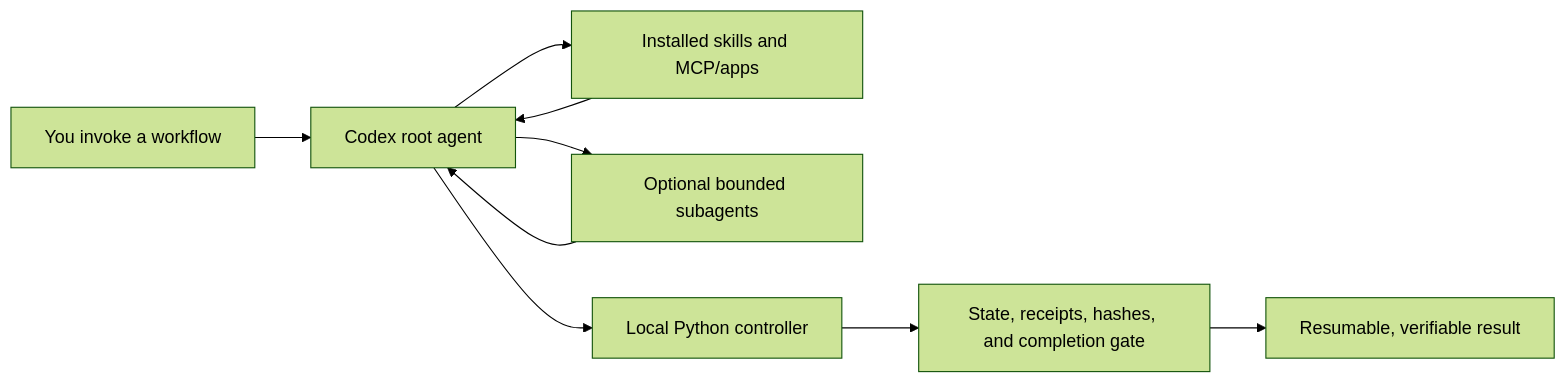
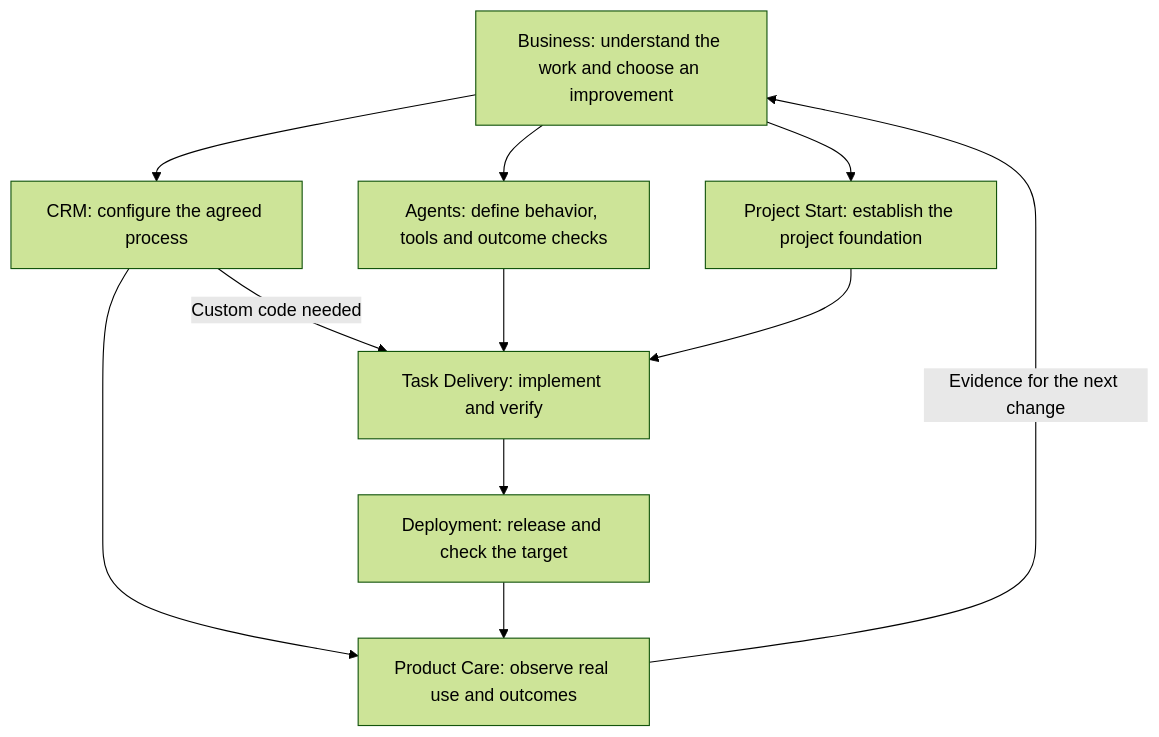
Before and after one commit to ArtemArzi/codex-agent-graphs: the diagram in README.md, drawn with Mermaid (forest theme). The commit also changed other lines of this file and 6 other files, not shown here.

````diff
--- a/README.md
+++ b/README.md
@@ -351,11 +48,13 @@
 ```mermaid
-flowchart LR
-    U["You invoke a workflow"] --> R["Codex root agent"]
-    R --> S["Installed skills and MCP/apps"]
-    R --> A["Optional bounded subagents"]
-    R --> C["Local Python controller"]
-    C --> E["State, receipts, hashes, and completion gate"]
-    S --> R
-    A --> R
-    E --> D["Resumable, verifiable result"]
+flowchart TD
+    B["Business: understand the work and choose an improvement"] --> C["CRM: configure the agreed process"]
+    B --> A["Agents: define behavior, tools and outcome checks"]
+    B --> P["Project Start: establish the project foundation"]
+    C -->|Custom code needed| T["Task Delivery: implement and verify"]
+    A --> T
+    P --> T
+    T --> D["Deployment: release and check the target"]
+    C --> R["Product Care: observe real use and outcomes"]
+    D --> R
+    R -->|Evidence for the next change| B
 ```
````
